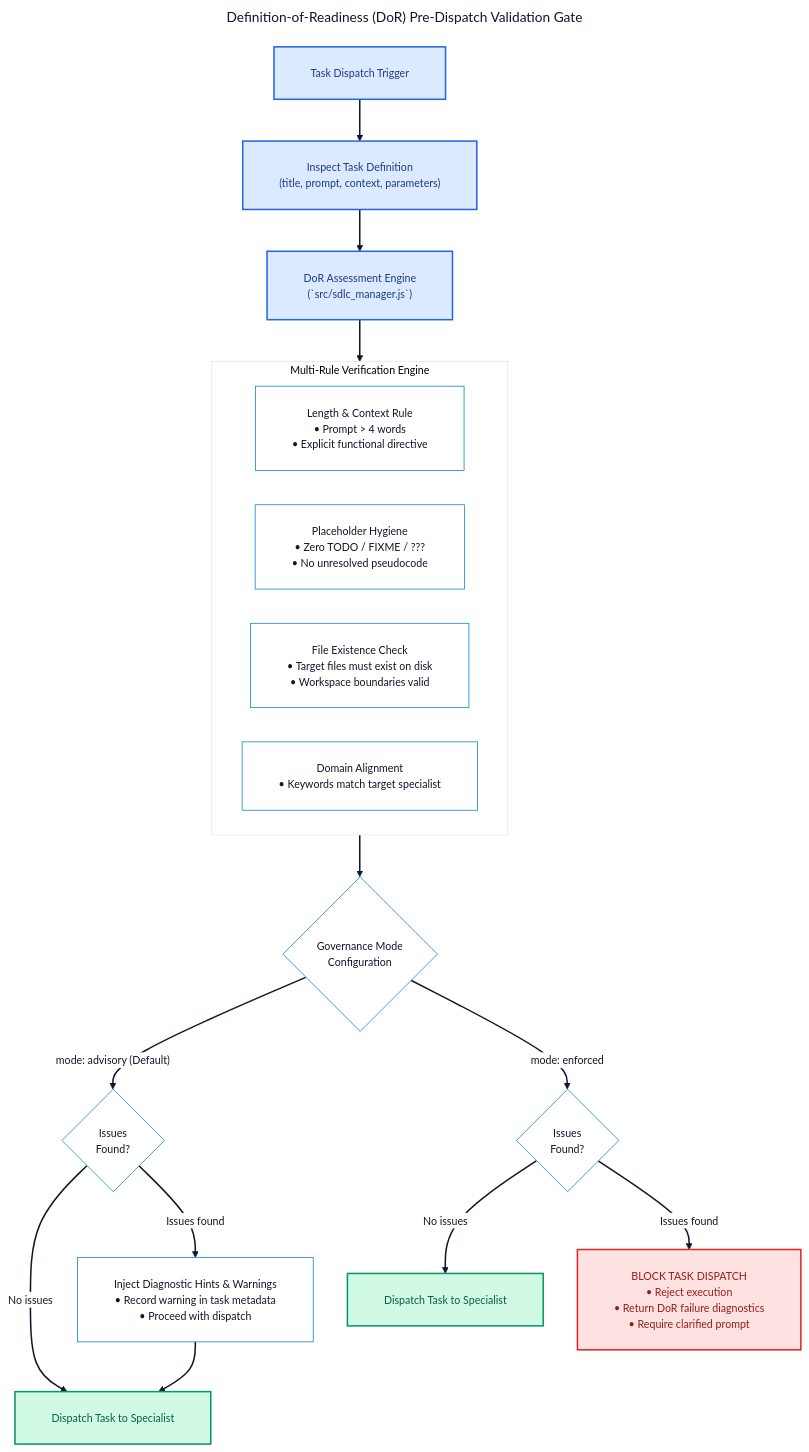
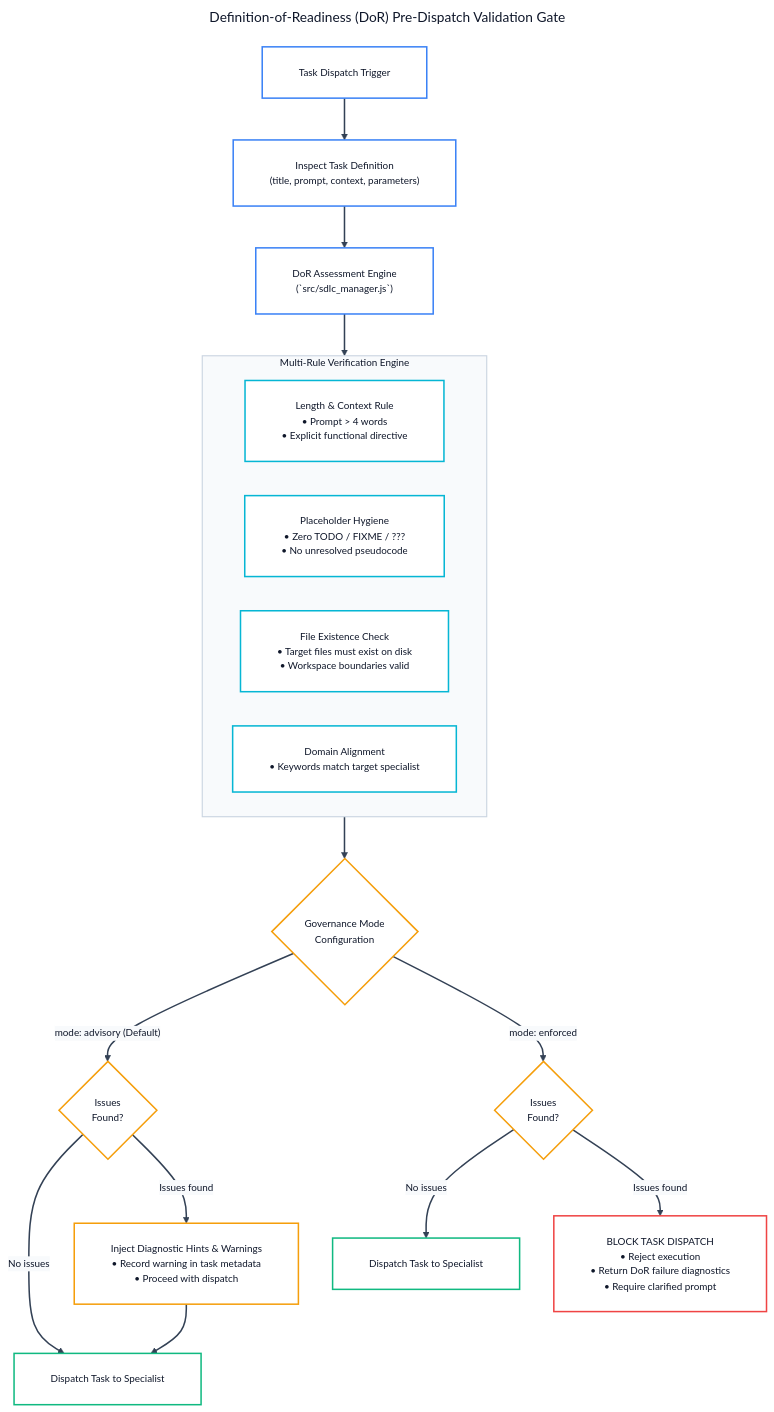
The third of 14 diagrams in docs/ALL-WORKFLOW-DIAGRAMS.md (andycungkrinx91/konoha), drawn with Mermaid before and after one commit. The commit also changed other lines of this file and 107 other files, not shown here.

````diff
--- a/docs/ALL-WORKFLOW-DIAGRAMS.md
+++ b/docs/ALL-WORKFLOW-DIAGRAMS.md
@@ -159,52 +170,62 @@
 ```mermaid
 ---
 title: Definition-of-Readiness (DoR) Pre-Dispatch Validation Gate
 config:
   theme: base
   themeVariables:
+    darkMode: false
     background: '#ffffff'
     mainBkg: '#ffffff'
     primaryColor: '#ffffff'
     primaryTextColor: '#0f172a'
-    primaryBorderColor: '#0284c7'
-    lineColor: '#0f172a'
-    arrowheadColor: '#0f172a'
-    fontFamily: 'Inter, system-ui, sans-serif'
-    fontSize: '14px'
+    primaryBorderColor: '#3b82f6'
+    lineColor: '#334155'
+    arrowheadColor: '#334155'
+    secondaryColor: '#f8fafc'
+    tertiaryColor: '#ffffff'
+    fontFamily: 'Inter, system-ui, -apple-system, sans-serif'
+    fontSize: '13px'
   flowchart:
     nodeSpacing: 45
     rankSpacing: 55
     padding: 24
     wrappingWidth: 350
 ---
 flowchart TD
     Trigger["Task Dispatch Trigger"] --> Inspect["Inspect Task Definition<br/>(title, prompt, context, parameters)"]
     Inspect --> Engine["DoR Assessment Engine<br/>(`src/sdlc_manager.js`)"]
 
     subgraph AssessmentRules ["Multi-Rule Verification Engine"]
-        R1["Length & Context Rule<br/>• Prompt > 4 words<br/>• Explicit functional directive"]
+        R1["Length &amp; Context Rule<br/>• Prompt &gt; 4 words<br/>• Explicit functional directive"]
         R2["Placeholder Hygiene<br/>• Zero TODO / FIXME / ???<br/>• No unresolved pseudocode"]
         R3["File Existence Check<br/>• Target files must exist on disk<br/>• Workspace boundaries valid"]
         R4["Domain Alignment<br/>• Keywords match target specialist"]
     end
 
     Engine --> AssessmentRules
     AssessmentRules --> ModeGate{"Governance Mode<br/>Configuration"}
 
     ModeGate -- "mode: advisory (Default)" --> AdvisoryEval{"Issues<br/>Found?"}
     AdvisoryEval -- "No issues" --> Dispatch1["Dispatch Task to Specialist"]
-    AdvisoryEval -- "Issues found" --> InjectHint["Inject Diagnostic Hints & Warnings<br/>• Record warning in task metadata<br/>• Proceed with dispatch"]
+    AdvisoryEval -- "Issues found" --> InjectHint["Inject Diagnostic Hints &amp; Warnings<br/>• Record warning in task metadata<br/>• Proceed with dispatch"]
     InjectHint --> Dispatch1
 
     ModeGate -- "mode: enforced" --> EnforcedEval{"Issues<br/>Found?"}
     EnforcedEval -- "No issues" --> Dispatch2["Dispatch Task to Specialist"]
     EnforcedEval -- "Issues found" --> BlockDispatch["BLOCK TASK DISPATCH<br/>• Reject execution<br/>• Return DoR failure diagnostics<br/>• Require clarified prompt"]
 
-    linkStyle default stroke:#0f172a,stroke-width:2px;
-    classDef trigger fill:#dbeafe,stroke:#2563eb,color:#1e3a8a,stroke-width:2px;
-    classDef pass fill:#d1fae5,stroke:#059669,color:#065f46,stroke-width:2px;
-    classDef block fill:#fee2e2,stroke:#dc2626,color:#991b1b,stroke-width:2px;
-    class Trigger,Inspect,Engine trigger;
-    class Dispatch1,Dispatch2 pass;
-    class BlockDispatch block;
+    linkStyle default stroke:#334155,stroke-width:2px;
+    style AssessmentRules fill:#f8fafc,stroke:#cbd5e1,stroke-width:1.5px,color:#0f172a;
+
+    classDef triggerNode fill:#ffffff,stroke:#3b82f6,color:#0f172a,stroke-width:2px;
+    classDef ruleNode fill:#ffffff,stroke:#06b6d4,color:#0f172a,stroke-width:2px;
+    classDef passNode fill:#ffffff,stroke:#10b981,color:#0f172a,stroke-width:2px;
+    classDef blockNode fill:#ffffff,stroke:#ef4444,color:#0f172a,stroke-width:2px;
+    classDef evalNode fill:#ffffff,stroke:#f59e0b,color:#0f172a,stroke-width:2px;
+
+    class Trigger,Inspect,Engine triggerNode;
+    class R1,R2,R3,R4 ruleNode;
+    class ModeGate,AdvisoryEval,EnforcedEval,InjectHint evalNode;
+    class Dispatch1,Dispatch2 passNode;
+    class BlockDispatch blockNode;
 ```
````
